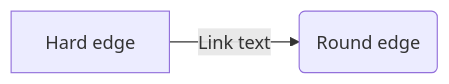
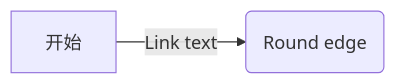
The diagram in README.md (ma-luyang/shimobang), drawn with Mermaid before and after one commit.

````diff
--- a/README.md
+++ b/README.md
@@ -3,4 +3,4 @@
 ```mermaid
 flowchart LR
-    A[Hard edge] -->|Link text| B(Round edge)
+    A[开始] -->|Link text| B(Round edge)
 ```
````
